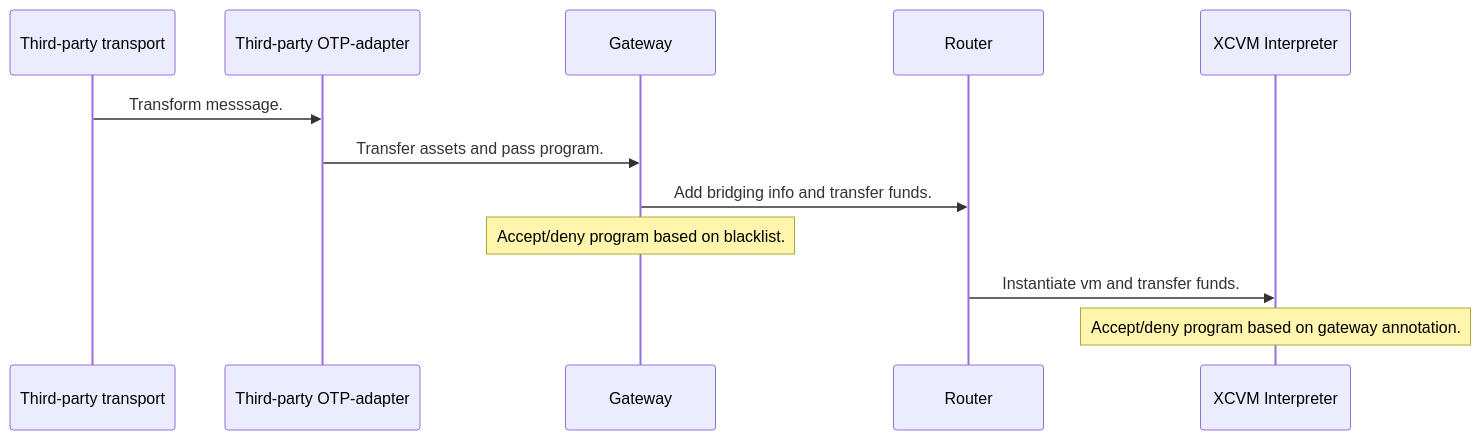
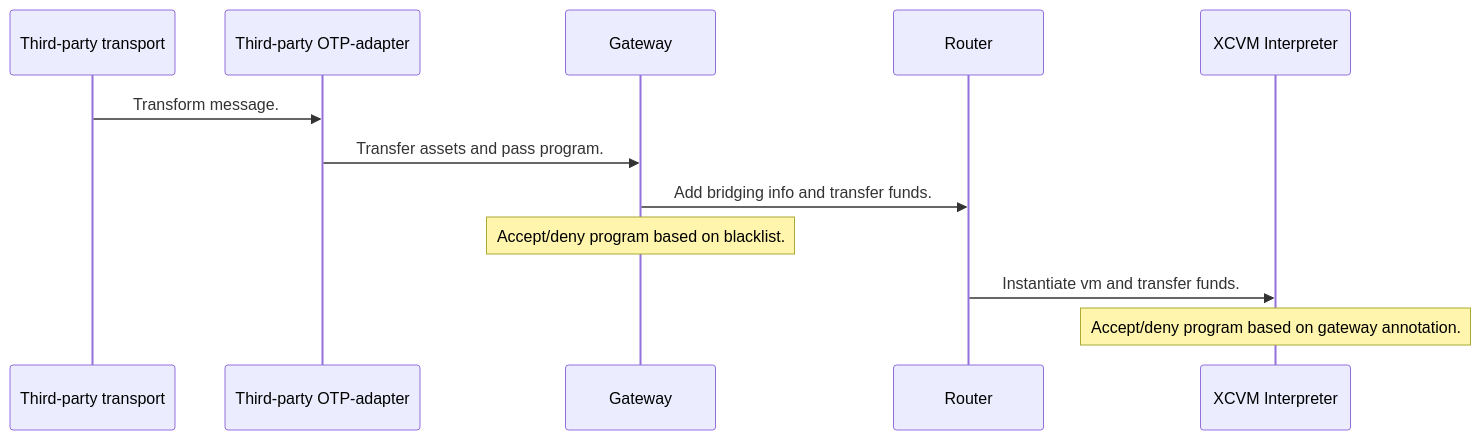
One commit to ComposableFi/composable changed the first of 10 diagrams in xcvm/architecture/transports/otp.md. Above: the diagram before and after it, drawn with Mermaid. The commit also changed other lines of this file, not shown here.

````diff
--- a/xcvm/architecture/transports/otp.md
+++ b/xcvm/architecture/transports/otp.md
@@ -31,9 +33,9 @@
 ```mermaid
 sequenceDiagram
-    Third-party transport->>Third-party OTP-adapter: Transform messsage.
+    Third-party transport->>Third-party OTP-adapter: Transform message.
     Third-party OTP-adapter->>Gateway: Transfer assets and pass program.
     Gateway->>Router: Add bridging info and transfer funds.
     Note over Gateway: Accept/deny program based on blacklist.
     Router->>XCVM Interpreter: Instantiate vm and transfer funds.
     Note over XCVM Interpreter: Accept/deny program based on gateway annotation.
 ```
````
